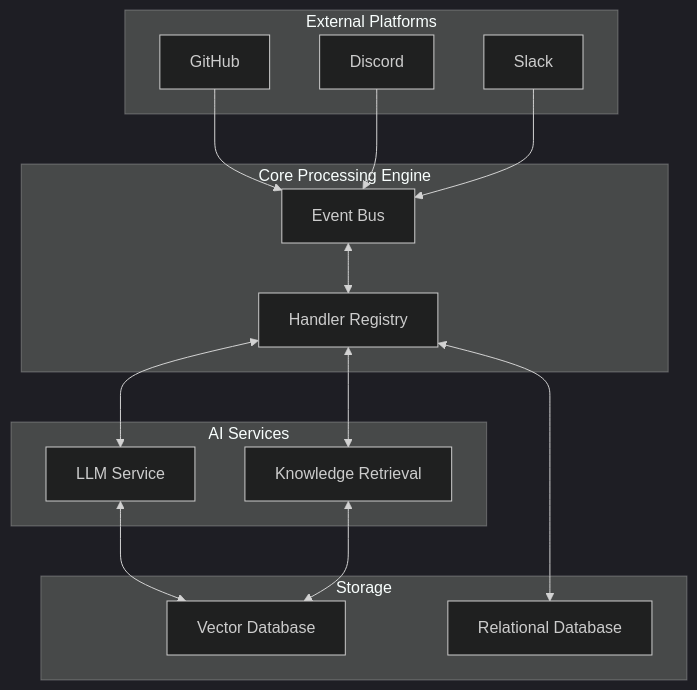
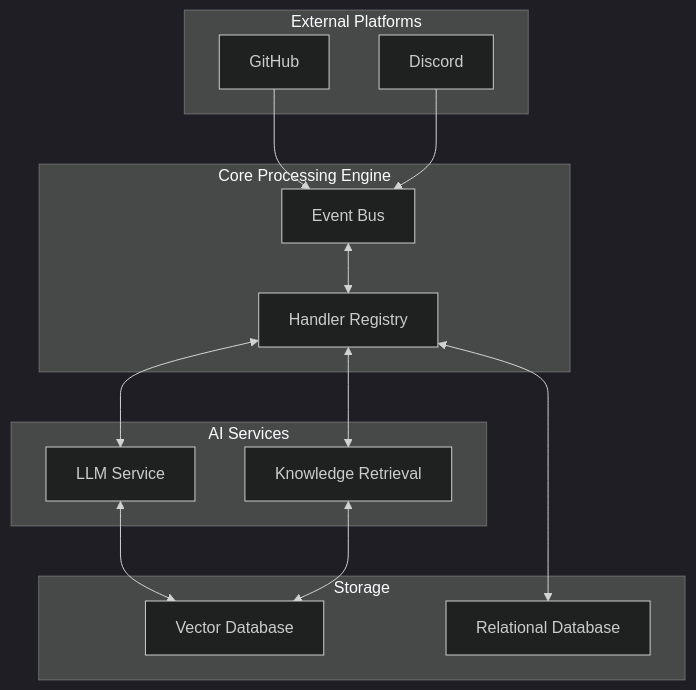
The diagram in docs/index.md (bakayu/Devr.AI), drawn with Mermaid (dark theme) before and after one commit. The commit also changed 4 other files, not shown here.

````diff
--- a/docs/index.md
+++ b/docs/index.md
@@ -47,35 +47,33 @@
 ```mermaid
 flowchart TB
     subgraph "External Platforms"
         GH["GitHub"]
         DS["Discord"]
-        SL["Slack"]
     end
 
     subgraph "Core Processing Engine"
         EB["Event Bus"]
         HR["Handler Registry"]
     end
 
     subgraph "AI Services"
         LLM["LLM Service"]
         KR["Knowledge Retrieval"]
     end
 
     subgraph "Storage"
         VDB["Vector Database"]
         DB["Relational Database"]
     end
 
     GH --> EB
     DS --> EB
-    SL --> EB
 
     EB <--> HR
     HR <--> LLM
     HR <--> KR
 
     LLM <--> VDB
     KR <--> VDB
     HR <--> DB
 ```
````
